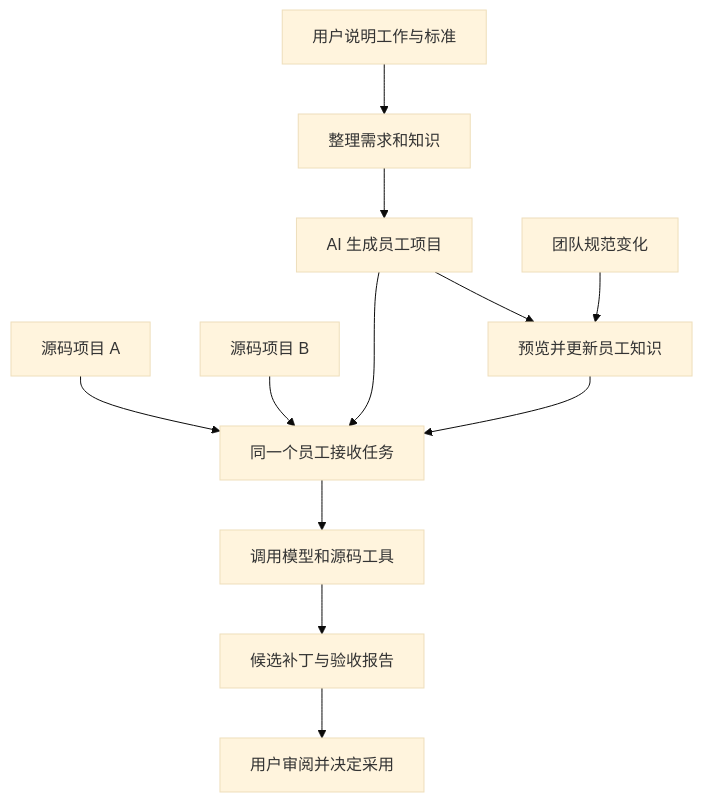
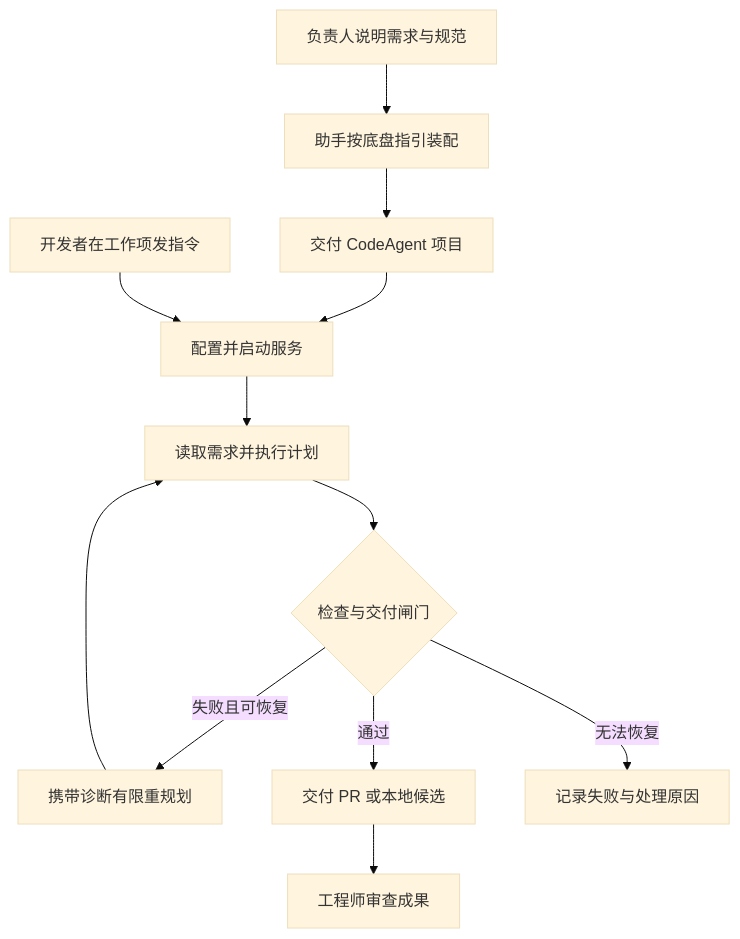
The first of 2 diagrams in docs/LEADERS_USE_CASE.md (TIMPICKLE/devops-agent-chassis), drawn with Mermaid (base theme) before and after one commit. The commit also changed other lines of this file and 3 other files, not shown here.

Commit message:
docs: rebuild leader walkthrough around assembled Azure CodeAgent

````diff
--- a/docs/LEADERS_USE_CASE.md
+++ b/docs/LEADERS_USE_CASE.md
@@ -15,14 +22,14 @@
 ```mermaid
 flowchart TD
-    A[用户说明工作与标准] --> B[整理需求和知识]
-    B --> C[AI 生成员工项目]
-    C --> D[同一个员工接收任务]
-    E[源码项目 A] --> D
-    F[源码项目 B] --> D
-    D --> G[调用模型和源码工具]
-    G --> H[候选补丁与验收报告]
-    H --> I[用户审阅并决定采用]
-    J[团队规范变化] --> K[预览并更新员工知识]
-    C --> K
-    K --> D
+    U[负责人说明需求与规范] --> A[助手按底盘指引装配]
+    A --> P[交付 CodeAgent 项目]
+    P --> S[配置并启动服务]
+    D[开发者在工作项发指令] --> S
+    S --> W[读取需求并执行计划]
+    W --> V{检查与交付闸门}
+    V -->|失败且可恢复| R[携带诊断有限重规划]
+    R --> W
+    V -->|通过| O[交付 PR 或本地候选]
+    V -->|无法恢复| F[记录失败与处理原因]
+    O --> H[工程师审查成果]
 ```
````
